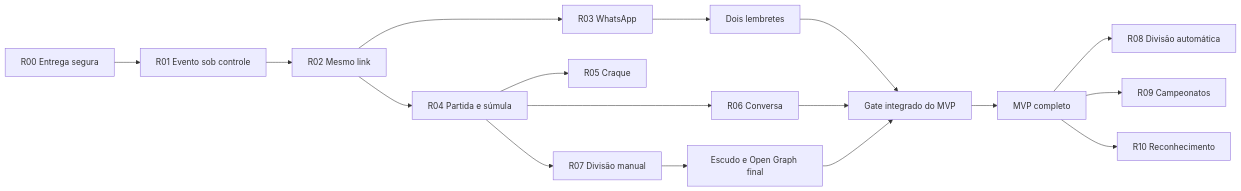
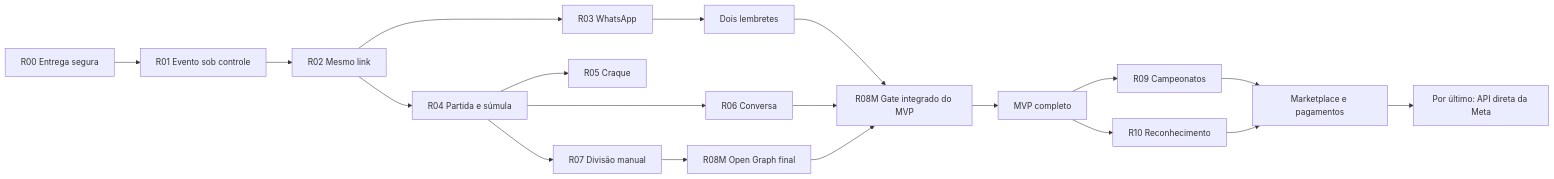
The diagram in docs/roadmap.md (givaldos/deutime), drawn with Mermaid before and after one commit. The commit also changed other lines of this file and 7 other files, not shown here.

````diff
--- a/docs/roadmap.md
+++ b/docs/roadmap.md
@@ -131,19 +165,21 @@
 ```mermaid
 flowchart LR
     R00["R00 Entrega segura"] --> R01["R01 Evento sob controle"]
     R01 --> R02["R02 Mesmo link"]
     R02 --> R03["R03 WhatsApp"]
     R02 --> R04["R04 Partida e súmula"]
     R04 --> R05["R05 Craque"]
     R04 --> R06["R06 Conversa"]
     R03 --> REM["Dois lembretes"]
     R04 --> R07["R07 Divisão manual"]
-    R06 --> GATE["Gate integrado do MVP"]
+    R06 --> GATE["R08M Gate integrado do MVP"]
     REM --> GATE
-    R07 --> OG["Escudo e Open Graph final"]
+    R07 --> OG["R08M Open Graph final"]
     OG --> GATE
     GATE --> MVP["MVP completo"]
-    MVP --> R08["R08 Divisão automática"]
     MVP --> R09["R09 Campeonatos"]
     MVP --> R10["R10 Reconhecimento"]
+    R09 --> MARKET["Marketplace e pagamentos"]
+    R10 --> MARKET
+    MARKET --> META["Por último: API direta da Meta"]
 ```
````
